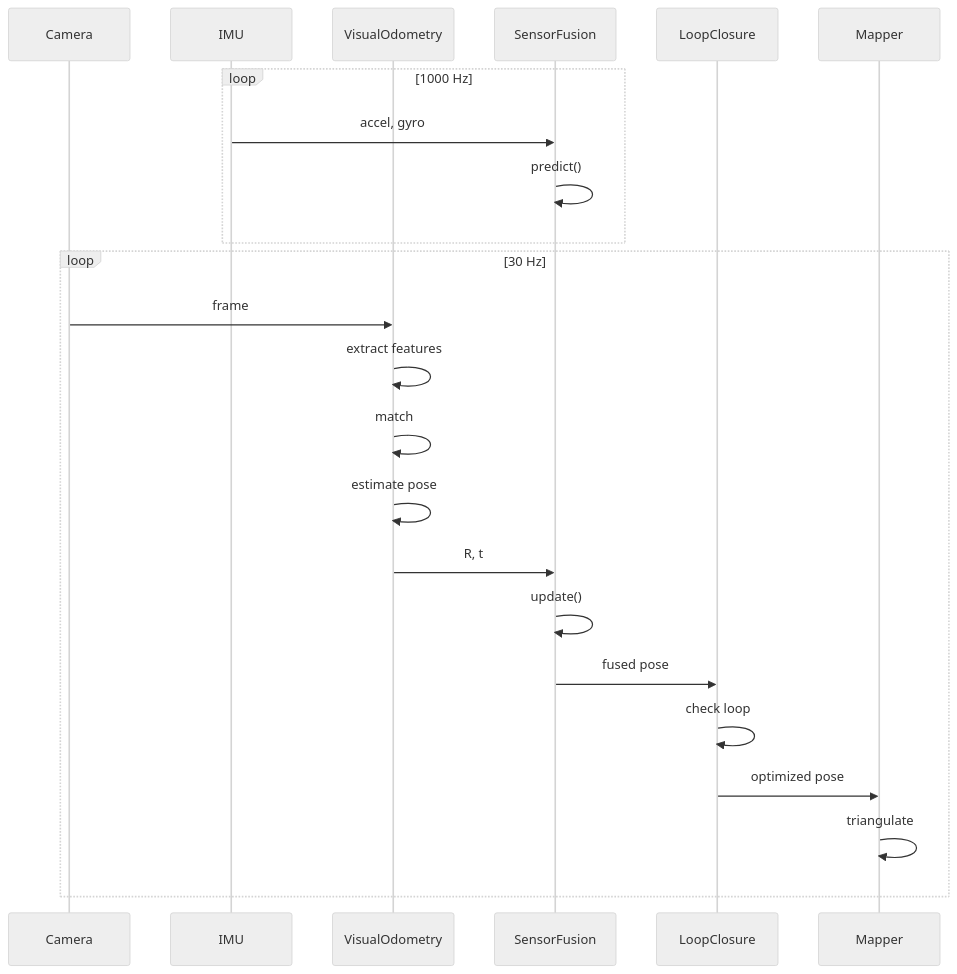
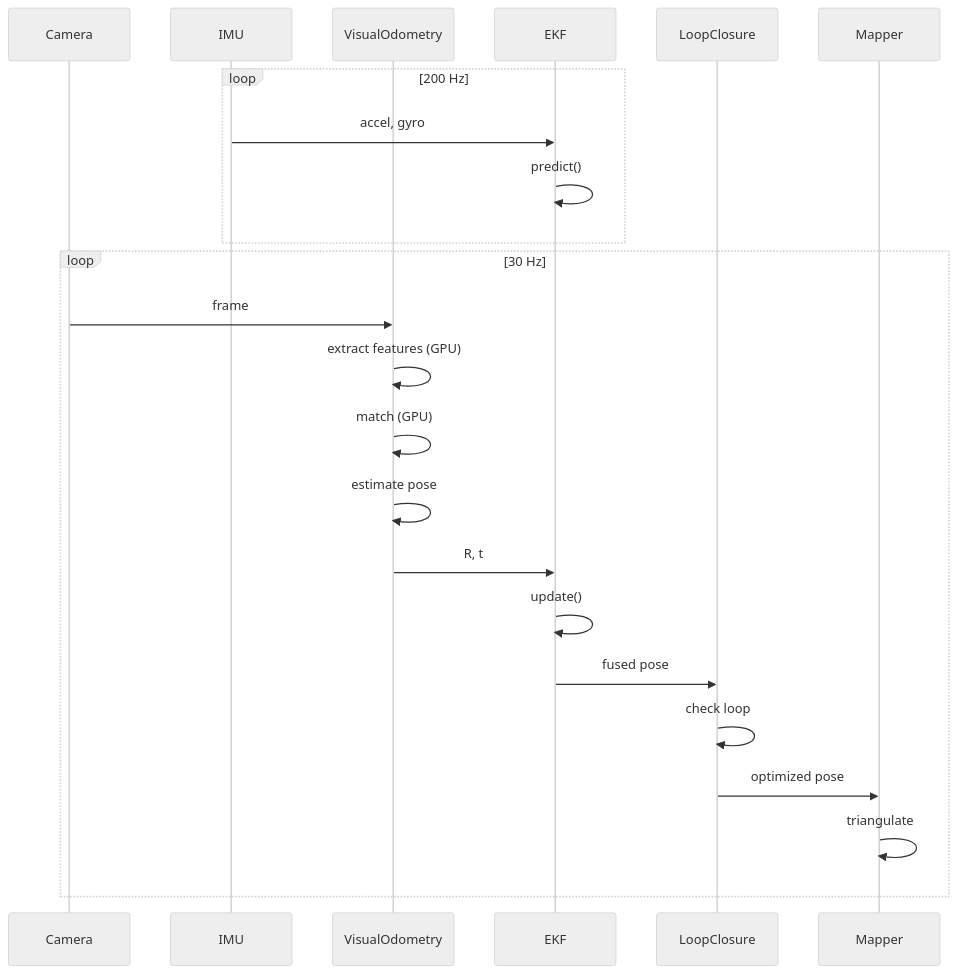
The fifth of 10 diagrams in README.md (robertteleng/aria-slam), drawn with Mermaid (neutral theme) before and after one commit. The commit also changed other lines of this file and 5 other files, not shown here.

````diff
--- a/README.md
+++ b/README.md
@@ -238,27 +275,27 @@
 ```mermaid
 sequenceDiagram
     participant C as Camera
     participant I as IMU
     participant VO as VisualOdometry
-    participant SF as SensorFusion
+    participant SF as EKF
     participant LC as LoopClosure
     participant M as Mapper
 
-    loop 1000 Hz
+    loop 200 Hz
         I->>SF: accel, gyro
         SF->>SF: predict()
     end
 
     loop 30 Hz
         C->>VO: frame
-        VO->>VO: extract features
-        VO->>VO: match
+        VO->>VO: extract features (GPU)
+        VO->>VO: match (GPU)
         VO->>VO: estimate pose
         VO->>SF: R, t
         SF->>SF: update()
         SF->>LC: fused pose
         LC->>LC: check loop
         LC->>M: optimized pose
         M->>M: triangulate
     end
 ```
````
